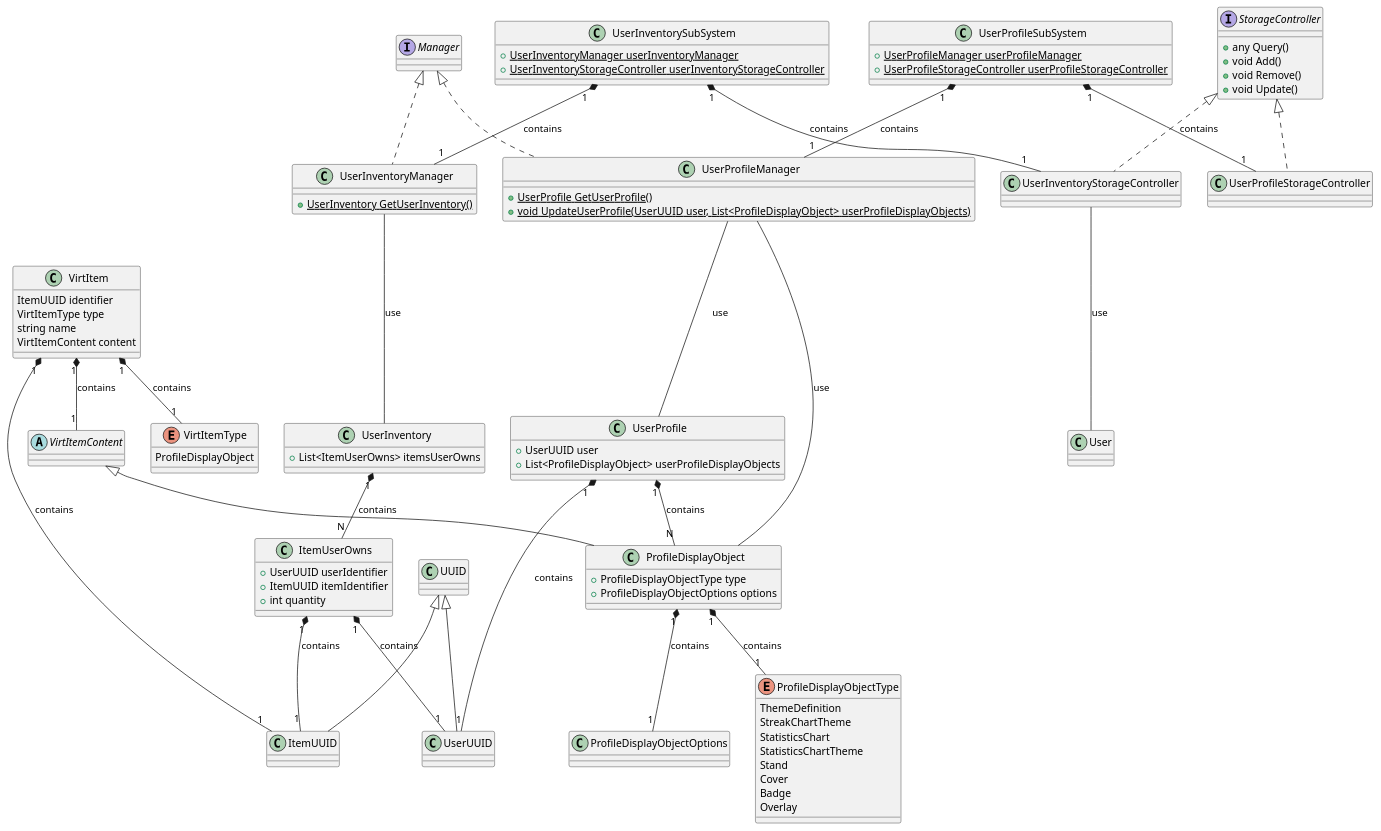
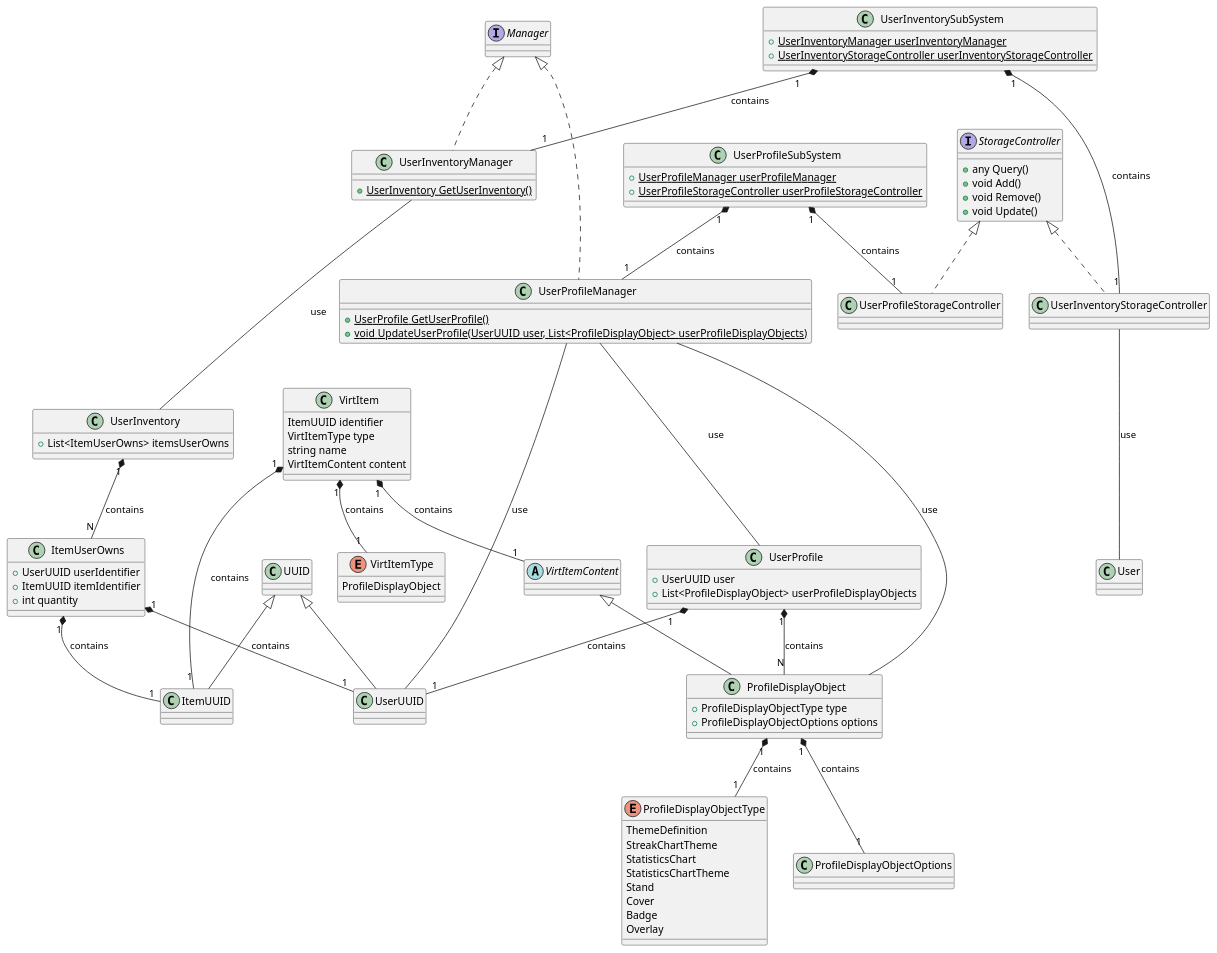
The diagram in src/UserProfileInventory.puml (ShapeLayer/se-lecture-task__project-structure-definitions), drawn with PlantUML before and after one commit. The commit also changed 3 other files, not shown here.

```diff
--- a/src/UserProfileInventory.puml
+++ b/src/UserProfileInventory.puml
@@ -1,111 +1,111 @@
 @startuml
 Interface Manager
 Interface StorageController {
     + any Query()
     + void Add()
     + void Remove()
     + void Update()
 }
 class UUID {}
 class UserUUID extends UUID {}
 class ItemUUID extends UUID {}
 
 enum VirtItemType {
     ProfileDisplayObject
 }
 
 class VirtItem {
     ItemUUID identifier
     VirtItemType type
     string name
     VirtItemContent content
 }
 
 VirtItem "1" *-- "1" ItemUUID : contains
 VirtItem "1" *-- "1" VirtItemType : contains
 VirtItem "1" *-- "1" VirtItemContent : contains
 
 abstract class VirtItemContent {}
 
 ' UserInventory
 class ItemUserOwns {
     + UserUUID userIdentifier
     + ItemUUID itemIdentifier
     + int quantity
 }
 
 ItemUserOwns "1" *-- "1" UserUUID : contains
 ItemUserOwns "1" *-- "1" ItemUUID : contains
 
 class UserInventory {
     + List<ItemUserOwns> itemsUserOwns
 }
 
 UserInventory "1" *-- "N" ItemUserOwns : contains
 
 class UserInventoryManager implements Manager {
     + {static} UserInventory GetUserInventory()
 }
 
 UserInventoryManager --- UserInventory : use
 
 class UserInventoryStorageController implements StorageController {}
 UserInventoryStorageController --- User : use
 
 class UserInventorySubSystem {
     + {static} UserInventoryManager userInventoryManager
     + {static} UserInventoryStorageController userInventoryStorageController
 }
 
 UserInventorySubSystem "1" *-- "1" UserInventoryManager : contains
 UserInventorySubSystem "1" *-- "1" UserInventoryStorageController : contains
 
 ' UserProfile
 enum ProfileDisplayObjectType {
     ThemeDefinition
     StreakChartTheme
     StatisticsChart
     StatisticsChartTheme
     Stand
     Cover
     Badge
     Overlay
 }
 
 class ProfileDisplayObjectOptions {}
 
 class ProfileDisplayObject extends VirtItemContent {
     + ProfileDisplayObjectType type
     + ProfileDisplayObjectOptions options
 }
 
 ProfileDisplayObject "1" *-- "1" ProfileDisplayObjectType : contains
 ProfileDisplayObject "1" *-- "1" ProfileDisplayObjectOptions : contains
 
 class UserProfile {
     + UserUUID user
     + List<ProfileDisplayObject> userProfileDisplayObjects
 }
 
 UserProfile "1" *-- "1" UserUUID : contains
 UserProfile "1" *-- "N" ProfileDisplayObject : contains
 
 class UserProfileManager implements Manager {
     + {static} UserProfile GetUserProfile()
     + {static} void UpdateUserProfile(UserUUID user, List<ProfileDisplayObject> userProfileDisplayObjects)
 }
-
+UserProfileManager --- UserUUID : use
 UserProfileManager --- UserProfile : use
 UserProfileManager --- ProfileDisplayObject : use
 
 class UserProfileStorageController implements StorageController {}
 
 class UserProfileSubSystem {
     + {static} UserProfileManager userProfileManager
     + {static} UserProfileStorageController userProfileStorageController
 }
 
 UserProfileSubSystem "1" *-- "1" UserProfileManager : contains
 UserProfileSubSystem "1" *-- "1" UserProfileStorageController : contains
 
 @enduml
```
